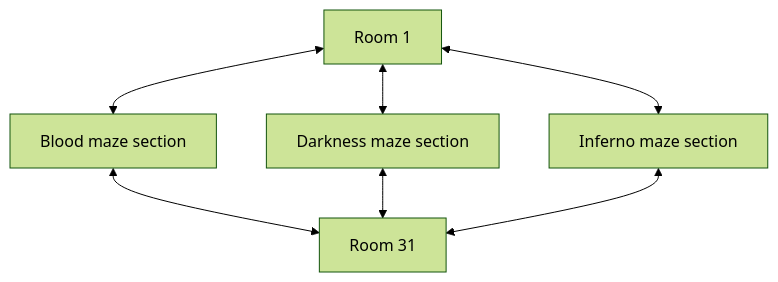
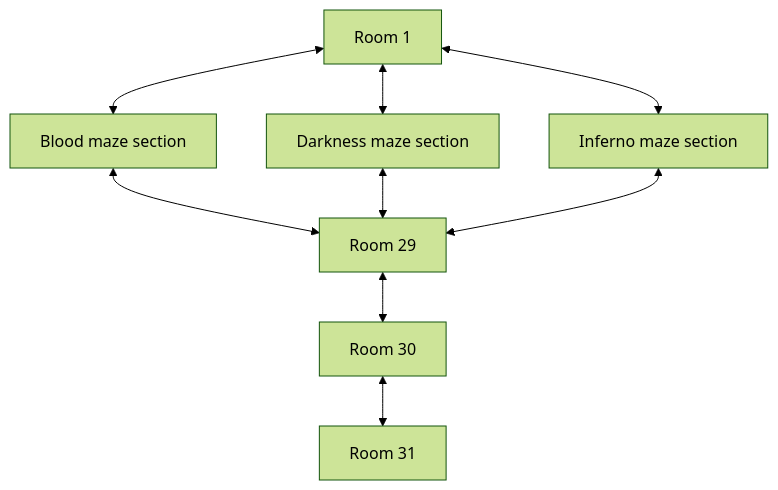
One commit to SlothBorg/Dungeon23 changed the second of 5 diagrams in Dungeon/Level_03/README.md. Above: the diagram before and after it, drawn with Mermaid (forest theme). The commit also changed other lines of this file and 4 other files, not shown here.

````diff
--- a/Dungeon/Level_03/README.md
+++ b/Dungeon/Level_03/README.md
@@ -15,6 +15,8 @@
 ```mermaid
 flowchart TD
-    C1[Room 1] <--> Blood[Blood maze section] <--> C31[Room 31]
-    C1[Room 1] <--> Darkness[Darkness maze section] <--> C31
-    C1[Room 1] <--> Inferno[Inferno maze section] <--> C31
+    C1[Room 1] <--> Blood[Blood maze section] <--> C29[Room 29]
+    C1[Room 1] <--> Darkness[Darkness maze section] <--> C29
+    C1[Room 1] <--> Inferno[Inferno maze section] <--> C29
+    C29 <--> C30[Room 30] 
+    C30 <--> C31[Room 31]
 ```
````
